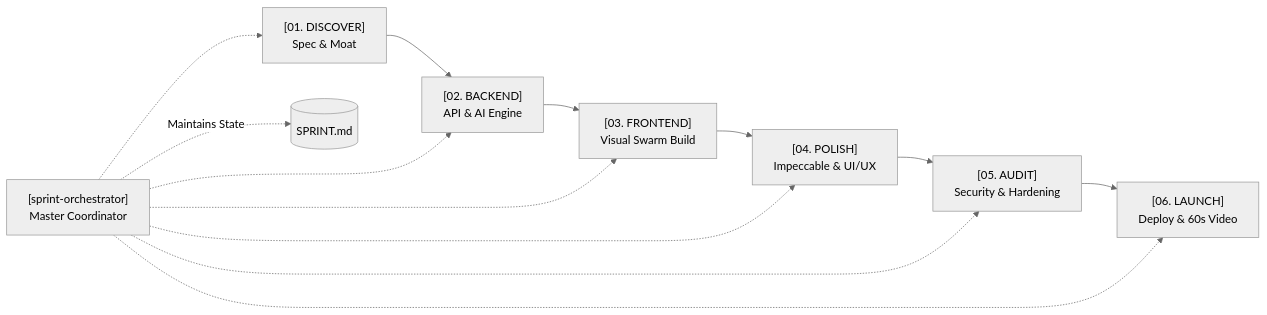
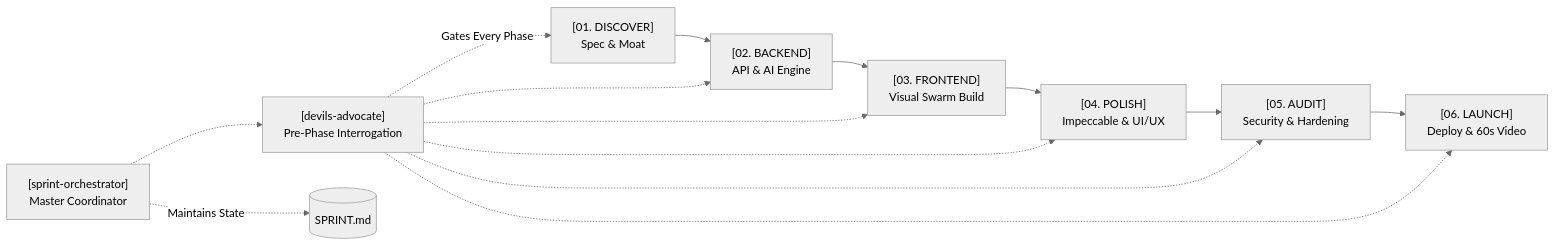
The first of 2 diagrams in README.md (VihaanR/sprint-system), drawn with Mermaid (neutral theme) before and after one commit. The commit also changed other lines of this file and 10 other files, not shown here.

Commit message:
feat: implement devils-advocate pre-phase gating and deep impeccable integration across frontend phases

````diff
--- a/README.md
+++ b/README.md
@@ -36,16 +36,18 @@
 ```mermaid
 flowchart LR
     P1["[01. DISCOVER]<br/>Spec & Moat"] --> P2["[02. BACKEND]<br/>API & AI Engine"]
     P2 --> P3["[03. FRONTEND]<br/>Visual Swarm Build"]
     P3 --> P4["[04. POLISH]<br/>Impeccable & UI/UX"]
     P4 --> P5["[05. AUDIT]<br/>Security & Hardening"]
     P5 --> P6["[06. LAUNCH]<br/>Deploy & 60s Video"]
 
+    DA["[devils-advocate]<br/>Pre-Phase Interrogation"] -.->|Gates Every Phase| P1
+    DA -.-> P2
+    DA -.-> P3
+    DA -.-> P4
+    DA -.-> P5
+    DA -.-> P6
+
     SO["[sprint-orchestrator]<br/>Master Coordinator"] -.->|Maintains State| SPRINT[("SPRINT.md")]
-    SO -.-> P1
-    SO -.-> P2
-    SO -.-> P3
-    SO -.-> P4
-    SO -.-> P5
-    SO -.-> P6
+    SO -.-> DA
 ```
````
